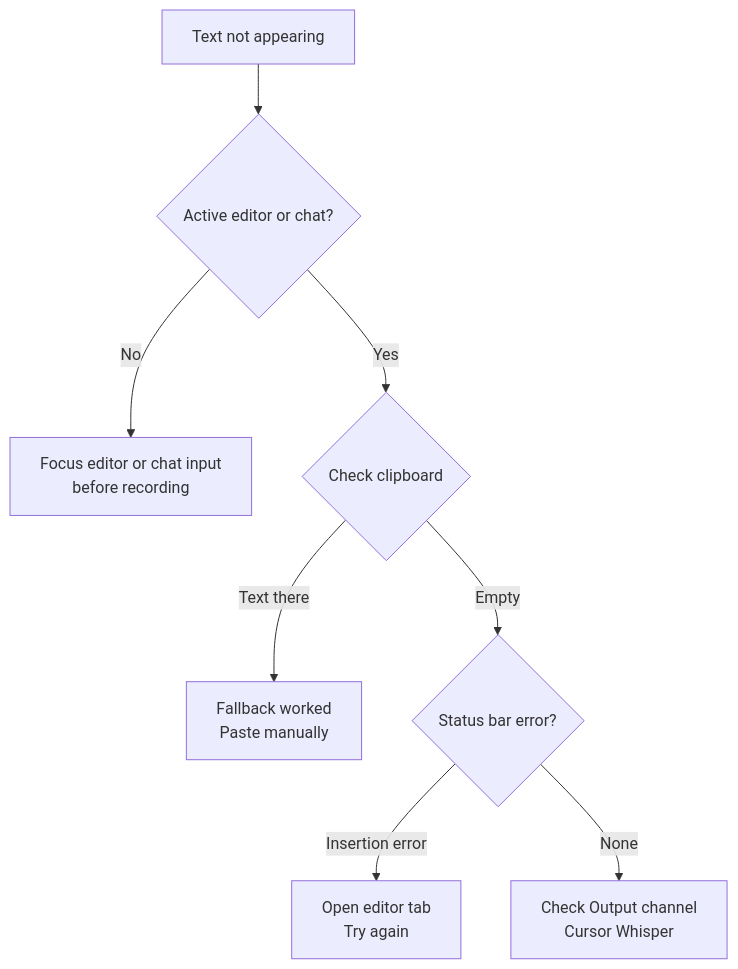
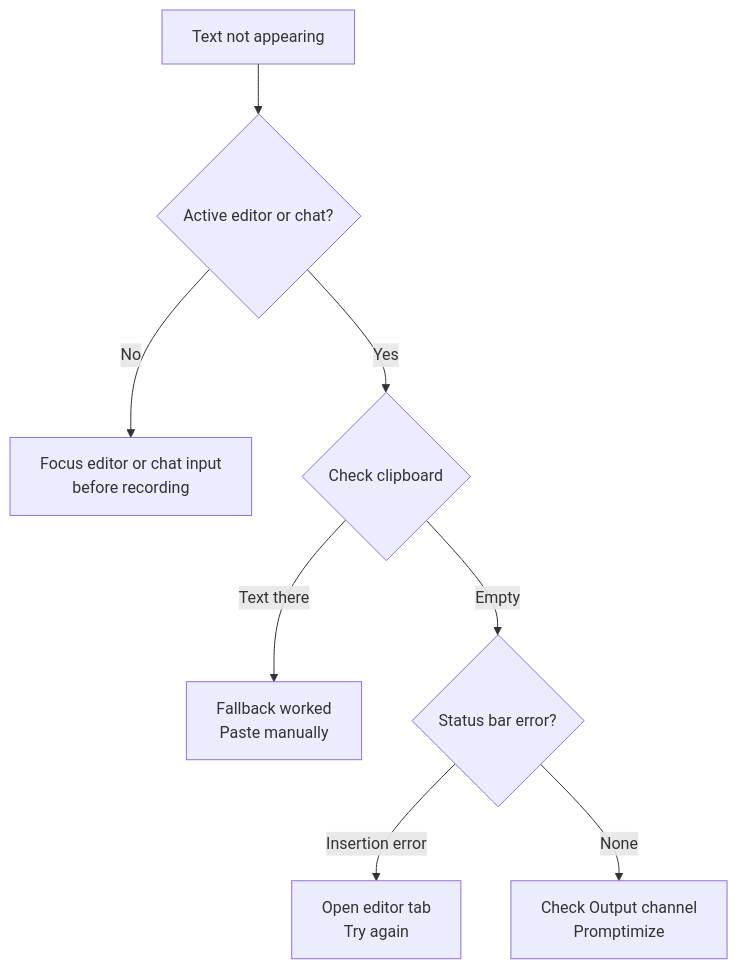
One commit to vypdev/cursor-whisper changed the fourth of 4 diagrams in docs/user-guide/troubleshooting.md. Above: the diagram before and after it, drawn with Mermaid. The commit also changed other lines of this file and 61 other files, not shown here.

First line of the commit message:
Rename Cursor Whisper to Promptimize and update related configurations and documentation

````diff
--- a/docs/user-guide/troubleshooting.md
+++ b/docs/user-guide/troubleshooting.md
@@ -84,10 +84,10 @@
 ```mermaid
 flowchart TD
     A[Text not appearing] --> B{Active editor or chat?}
     B -->|No| C[Focus editor or chat input<br/>before recording]
     B -->|Yes| D{Check clipboard}
     D -->|Text there| E[Fallback worked<br/>Paste manually]
     D -->|Empty| F{Status bar error?}
     F -->|Insertion error| G[Open editor tab<br/>Try again]
-    F -->|None| H[Check Output channel<br/>Cursor Whisper]
+    F -->|None| H[Check Output channel<br/>Promptimize]
 ```
````
